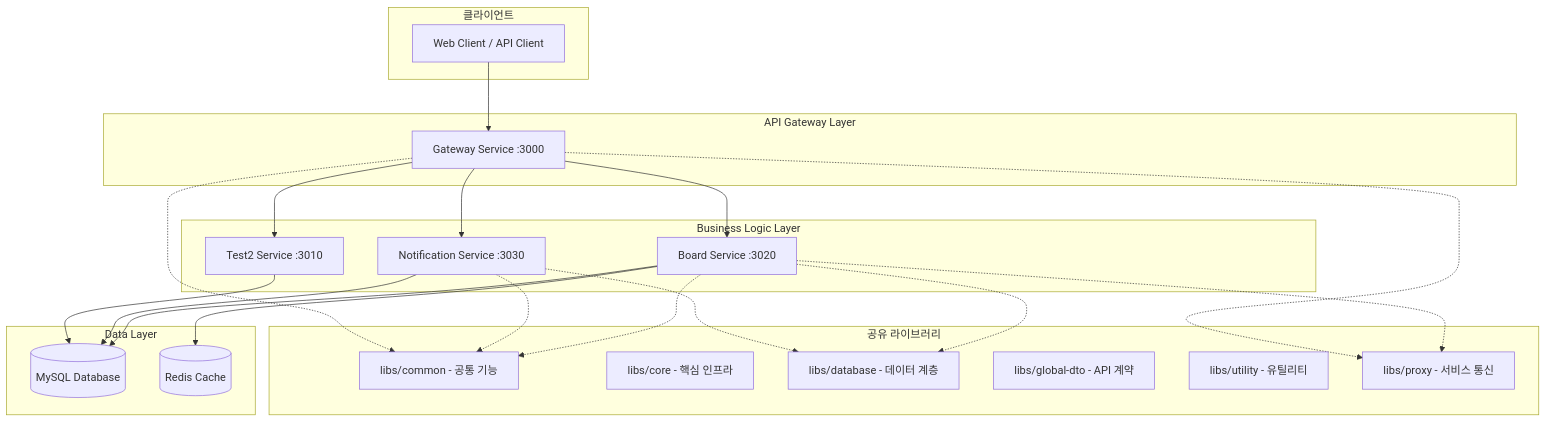
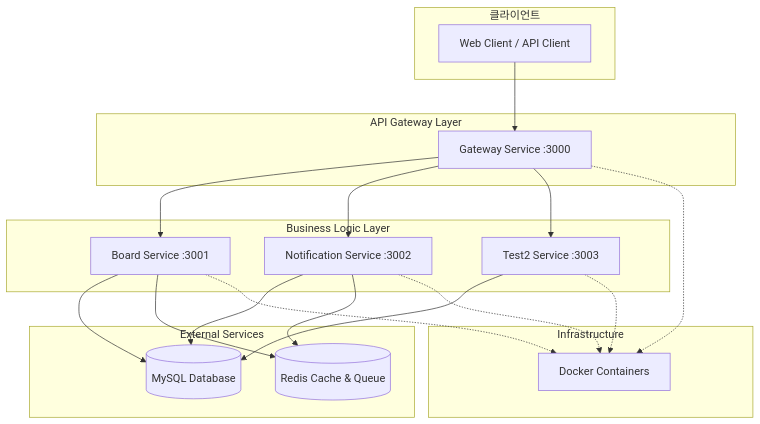
The first of 2 diagrams in ssot/01_System_Architecture.md (kimhyosung1/toy-project), drawn with Mermaid before and after one commit. The commit also changed other lines of this file and 17 other files, not shown here.

````diff
--- a/ssot/01_System_Architecture.md
+++ b/ssot/01_System_Architecture.md
@@ -44,50 +45,41 @@
 ```mermaid
 graph TB
     subgraph "클라이언트"
         Client[Web Client / API Client]
     end
 
     subgraph "API Gateway Layer"
         Gateway[Gateway Service :3000]
     end
 
     subgraph "Business Logic Layer"
-        Board[Board Service :3020]
-        Notification[Notification Service :3030]
-        Test2[Test2 Service :3010]
+        Board[Board Service :3001]
+        Notification[Notification Service :3002]
+        Test2[Test2 Service :3003]
     end
 
-    subgraph "Data Layer"
+    subgraph "External Services"
         MySQL[(MySQL Database)]
-        Redis[(Redis Cache)]
+        Redis[(Redis Cache & Queue)]
     end
 
-    subgraph "공유 라이브러리"
-        Common[libs/common - 공통 기능]
-        Core[libs/core - 핵심 인프라]
-        Database[libs/database - 데이터 계층]
-        GlobalDTO[libs/global-dto - API 계약]
-        Utility[libs/utility - 유틸리티]
-        Proxy[libs/proxy - 서비스 통신]
+    subgraph "Infrastructure"
+        Docker[Docker Containers]
     end
 
     Client --> Gateway
     Gateway --> Board
     Gateway --> Notification
     Gateway --> Test2
 
     Board --> MySQL
     Board --> Redis
     Notification --> MySQL
+    Notification --> Redis
     Test2 --> MySQL
 
-    Board -.-> Common
-    Notification -.-> Common
-    Gateway -.-> Common
-
-    Board -.-> Database
-    Notification -.-> Database
-
-    Board -.-> Proxy
-    Gateway -.-> Proxy
+    Gateway -.-> Docker
+    Board -.-> Docker
+    Notification -.-> Docker
+    Test2 -.-> Docker
 ```
````
